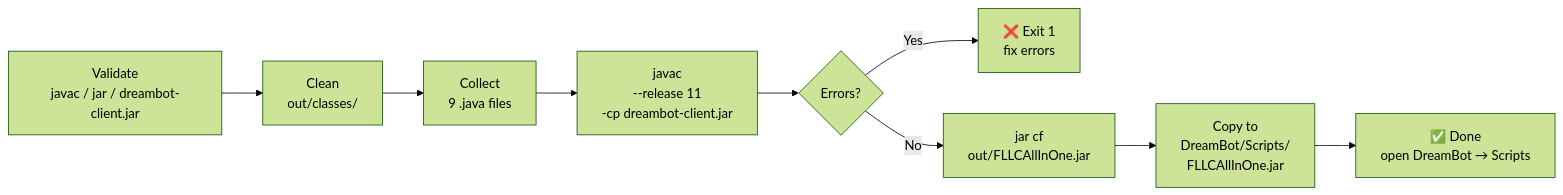
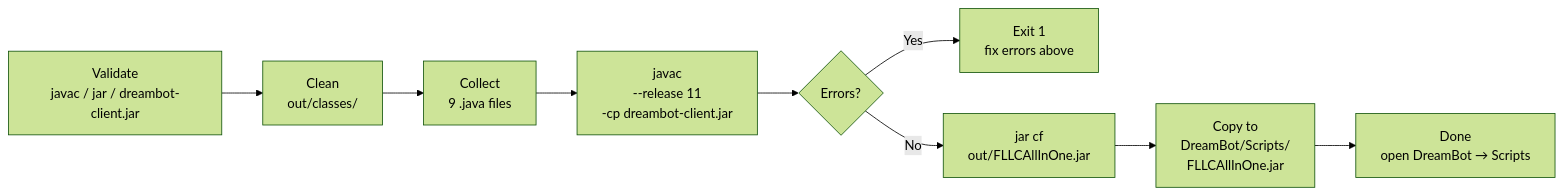
One commit to Personfu/CyberBot changed the fourth of 5 diagrams in README.md. Above: the diagram before and after it, drawn with Mermaid (forest theme). The commit also changed other lines of this file, not shown here.

````diff
--- a/README.md
+++ b/README.md
@@ -377,11 +378,11 @@
 ```mermaid
 flowchart LR
-    A[Validate\njavac / jar / dreambot-client.jar] --> B[Clean\nout/classes/]
-    B --> C[Collect\n9 .java files]
-    C --> D[javac\n--release 11\n-cp dreambot-client.jar]
+    A["Validate\njavac / jar / dreambot-client.jar"] --> B["Clean\nout/classes/"]
+    B --> C["Collect\n9 .java files"]
+    C --> D["javac\n--release 11\n-cp dreambot-client.jar"]
     D --> E{Errors?}
-    E -- Yes --> F[❌ Exit 1\nfix errors]
-    E -- No --> G[jar cf\nout/FLLCAllInOne.jar]
-    G --> H[Copy to\nDreamBot/Scripts/\nFLLCAllInOne.jar]
-    H --> I[✅ Done\nopen DreamBot → Scripts]
+    E -- Yes --> F["Exit 1\nfix errors above"]
+    E -- No --> G["jar cf\nout/FLLCAllInOne.jar"]
+    G --> H["Copy to\nDreamBot/Scripts/\nFLLCAllInOne.jar"]
+    H --> I["Done\nopen DreamBot → Scripts"]
 ```
````
